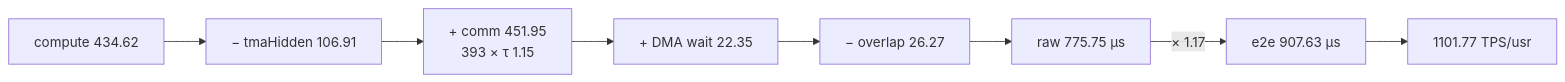
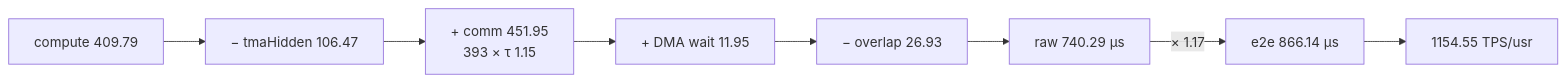
One commit to xqdan/xihu changed the second of 2 diagrams in docs/architecture/00_CURRENT_STATE.md. Above: the diagram before and after it, drawn with Mermaid. The commit also changed other lines of this file and 70 other files, not shown here.

````diff
--- a/docs/architecture/00_CURRENT_STATE.md
+++ b/docs/architecture/00_CURRENT_STATE.md
@@ -78,10 +78,10 @@
 ```mermaid
 flowchart LR
-  C["compute 434.62"] --> M1["− tmaHidden 106.91"]
+  C["compute 409.79"] --> M1["− tmaHidden 106.47"]
   M1 --> P1["+ comm 451.95<br/>393 × τ 1.15"]
-  P1 --> P2["+ DMA wait 22.35"]
-  P2 --> M2["− overlap 26.27"]
-  M2 --> RAW["raw 775.75 µs"]
-  RAW -->|"× 1.17"| E2E["e2e 907.63 µs"]
-  E2E --> TPS["1101.77 TPS/usr"]
+  P1 --> P2["+ DMA wait 11.95"]
+  P2 --> M2["− overlap 26.93"]
+  M2 --> RAW["raw 740.29 µs"]
+  RAW -->|"× 1.17"| E2E["e2e 866.14 µs"]
+  E2E --> TPS["1154.55 TPS/usr"]
 ```
````
